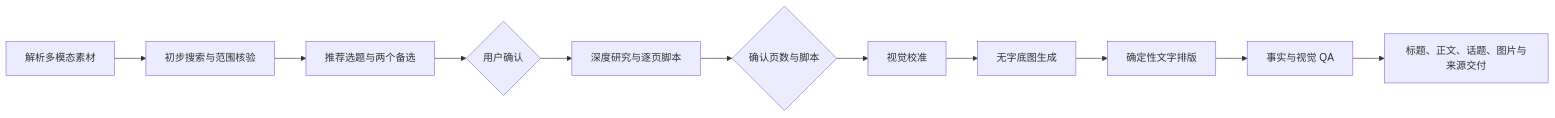
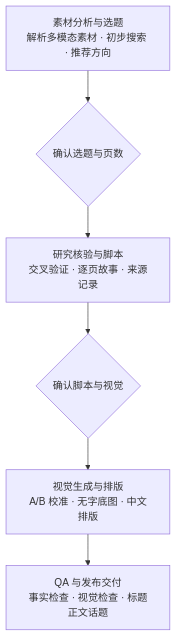
The diagram in README.md (sunshine-lang/sfumatoAI-writing-skill), drawn with Mermaid before and after one commit. The commit also changed other lines of this file and 6 other files, not shown here.

````diff
--- a/README.md
+++ b/README.md
@@ -30,13 +74,10 @@
 ```mermaid
-flowchart LR
-    A[解析多模态素材] --> B[初步搜索与范围核验]
-    B --> C[推荐选题与两个备选]
-    C --> D{用户确认}
-    D --> E[深度研究与逐页脚本]
-    E --> F{确认页数与脚本}
-    F --> G[视觉校准]
-    G --> H[无字底图生成]
-    H --> I[确定性文字排版]
-    I --> J[事实与视觉 QA]
-    J --> K[标题、正文、话题、图片与来源交付]
+flowchart TD
+    A["素材分析与选题<br/>解析多模态素材 · 初步搜索 · 推荐方向"]
+    B{确认选题与页数}
+    C["研究核验与脚本<br/>交叉验证 · 逐页故事 · 来源记录"]
+    D{确认脚本与视觉}
+    E["视觉生成与排版<br/>A/B 校准 · 无字底图 · 中文排版"]
+    F["QA 与发布交付<br/>事实检查 · 视觉检查 · 标题正文话题"]
+    A --> B --> C --> D --> E --> F
 ```
````
